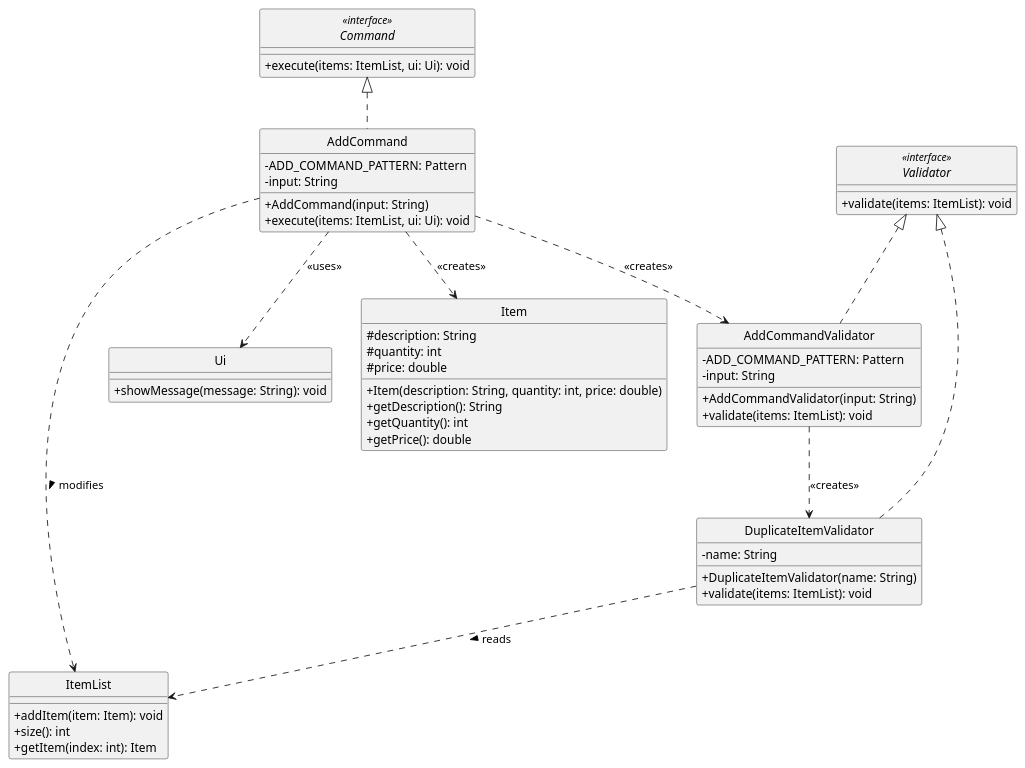
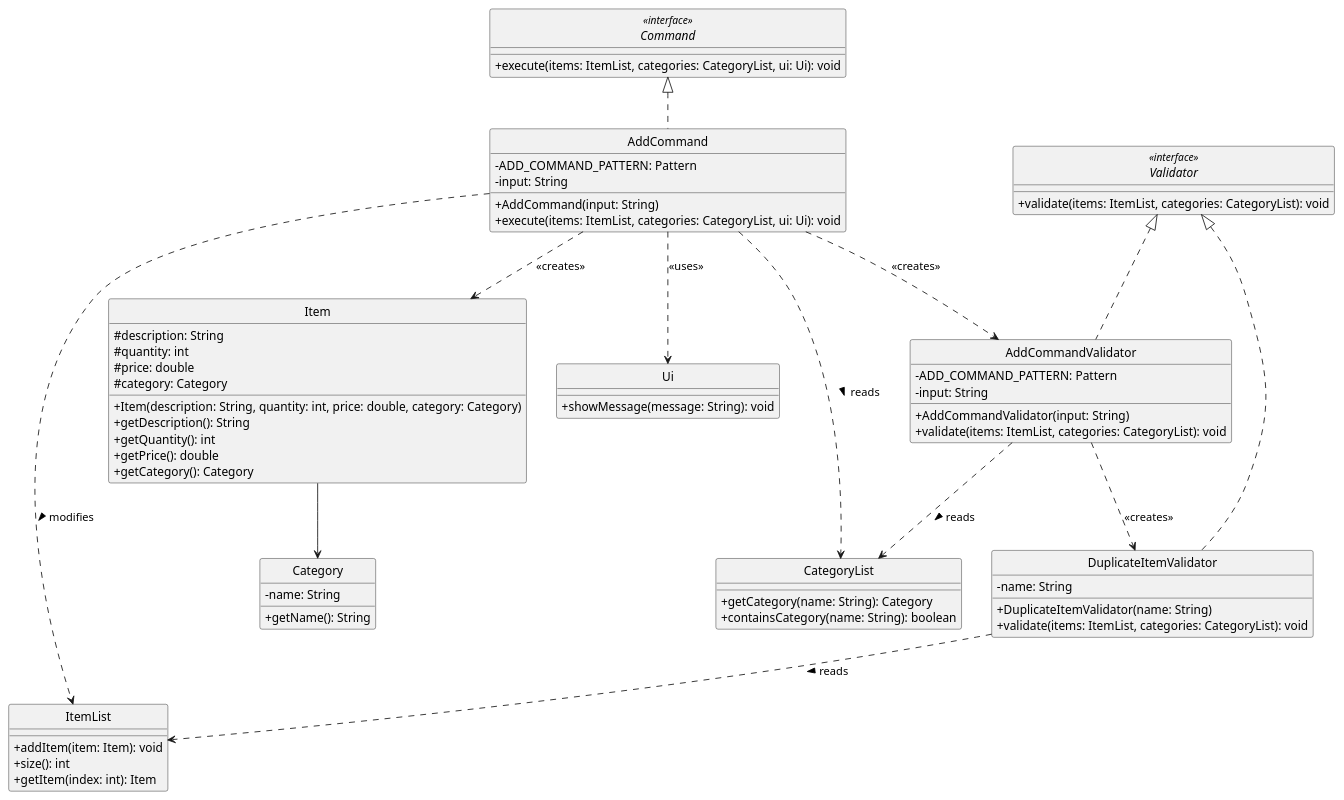
One commit to adbsw/tp changed the diagram in docs/diagrams/AddCommandClassDiagram.puml. Above: the diagram before and after it, drawn with PlantUML. The commit also changed 7 other files, not shown here.

```diff
--- a/docs/diagrams/AddCommandClassDiagram.puml
+++ b/docs/diagrams/AddCommandClassDiagram.puml
@@ -1,66 +1,81 @@
 @startuml
 skinparam monochrome true
 skinparam shadowing false
 skinparam classAttributeIconSize 0
 hide circle
 
 interface Command <<interface>> {
-    + execute(items: ItemList, ui: Ui): void
+    + execute(items: ItemList, categories: CategoryList, ui: Ui): void
 }
 
 class AddCommand {
     - ADD_COMMAND_PATTERN: Pattern
     - input: String
     + AddCommand(input: String)
-    + execute(items: ItemList, ui: Ui): void
+    + execute(items: ItemList, categories: CategoryList, ui: Ui): void
 }
 
 interface Validator <<interface>> {
-    + validate(items: ItemList): void
+    + validate(items: ItemList, categories: CategoryList): void
 }
 
 class AddCommandValidator {
     - ADD_COMMAND_PATTERN: Pattern
     - input: String
     + AddCommandValidator(input: String)
-    + validate(items: ItemList): void
+    + validate(items: ItemList, categories: CategoryList): void
 }
 
 class DuplicateItemValidator {
     - name: String
     + DuplicateItemValidator(name: String)
-    + validate(items: ItemList): void
+    + validate(items: ItemList, categories: CategoryList): void
 }
 
 class Item {
     # description: String
     # quantity: int
     # price: double
-    + Item(description: String, quantity: int, price: double)
+    # category: Category
+    + Item(description: String, quantity: int, price: double, category: Category)
     + getDescription(): String
     + getQuantity(): int
     + getPrice(): double
+    + getCategory(): Category
+}
+
+class Category {
+    - name: String
+    + getName(): String
+}
+
+class CategoryList {
+    + getCategory(name: String): Category
+    + containsCategory(name: String): boolean
 }
 
 class ItemList {
     + addItem(item: Item): void
     + size(): int
     + getItem(index: int): Item
 }
 
 class Ui {
     + showMessage(message: String): void
 }
 
 Command <|.. AddCommand
 Validator <|.. AddCommandValidator
 Validator <|.. DuplicateItemValidator
 
 AddCommand ..> AddCommandValidator : <<creates>>
 AddCommand ..> Item : <<creates>>
+AddCommand ..> CategoryList : reads >
 AddCommand ..> ItemList : modifies >
 AddCommand ..> Ui : <<uses>>
 AddCommandValidator ..> DuplicateItemValidator : <<creates>>
+AddCommandValidator ..> CategoryList : reads >
 DuplicateItemValidator ..> ItemList : reads >
+Item --> Category
 
 @enduml
```
